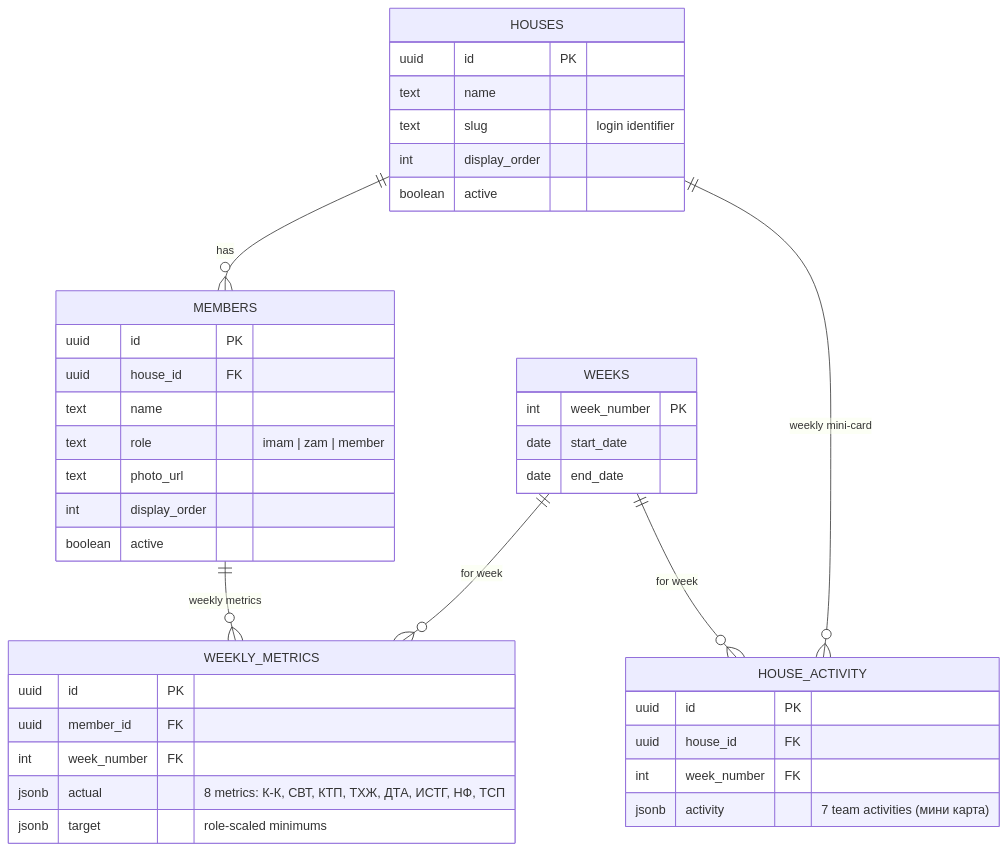
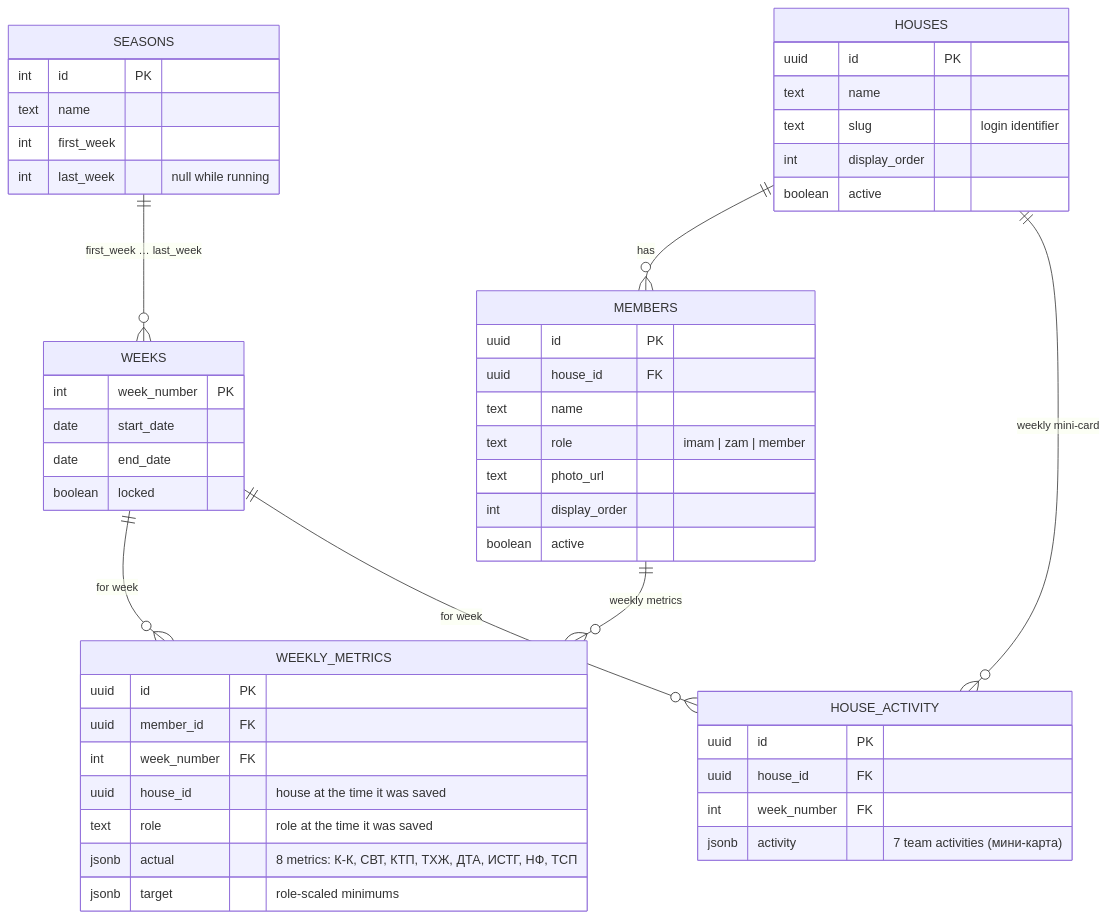
Before and after one commit to nurmuhammedkanybekov/tdJamaat-v2: the third of 3 diagrams in README.md, drawn with Mermaid. The commit also changed other lines of this file and 5 other files, not shown here.

````diff
--- a/README.md
+++ b/README.md
@@ -164,43 +194,53 @@
 ```mermaid
 erDiagram
+    SEASONS ||--o{ WEEKS : "first_week … last_week"
     HOUSES ||--o{ MEMBERS : has
     HOUSES ||--o{ HOUSE_ACTIVITY : "weekly mini-card"
     MEMBERS ||--o{ WEEKLY_METRICS : "weekly metrics"
     WEEKS ||--o{ WEEKLY_METRICS : "for week"
     WEEKS ||--o{ HOUSE_ACTIVITY : "for week"
 
+    SEASONS {
+        int id PK
+        text name
+        int first_week
+        int last_week "null while running"
+    }
     HOUSES {
         uuid id PK
         text name
         text slug "login identifier"
         int display_order
         boolean active
     }
     MEMBERS {
         uuid id PK
         uuid house_id FK
         text name
         text role "imam | zam | member"
         text photo_url
         int display_order
         boolean active
     }
     WEEKS {
         int week_number PK
         date start_date
         date end_date
+        boolean locked
     }
     WEEKLY_METRICS {
         uuid id PK
         uuid member_id FK
         int week_number FK
+        uuid house_id "house at the time it was saved"
+        text role "role at the time it was saved"
         jsonb actual "8 metrics: К-К, СВТ, КТП, ТХЖ, ДТА, ИСТГ, НФ, ТСП"
         jsonb target "role-scaled minimums"
     }
     HOUSE_ACTIVITY {
         uuid id PK
         uuid house_id FK
         int week_number FK
-        jsonb activity "7 team activities (мини карта)"
+        jsonb activity "7 team activities (мини-карта)"
     }
 ```
````
